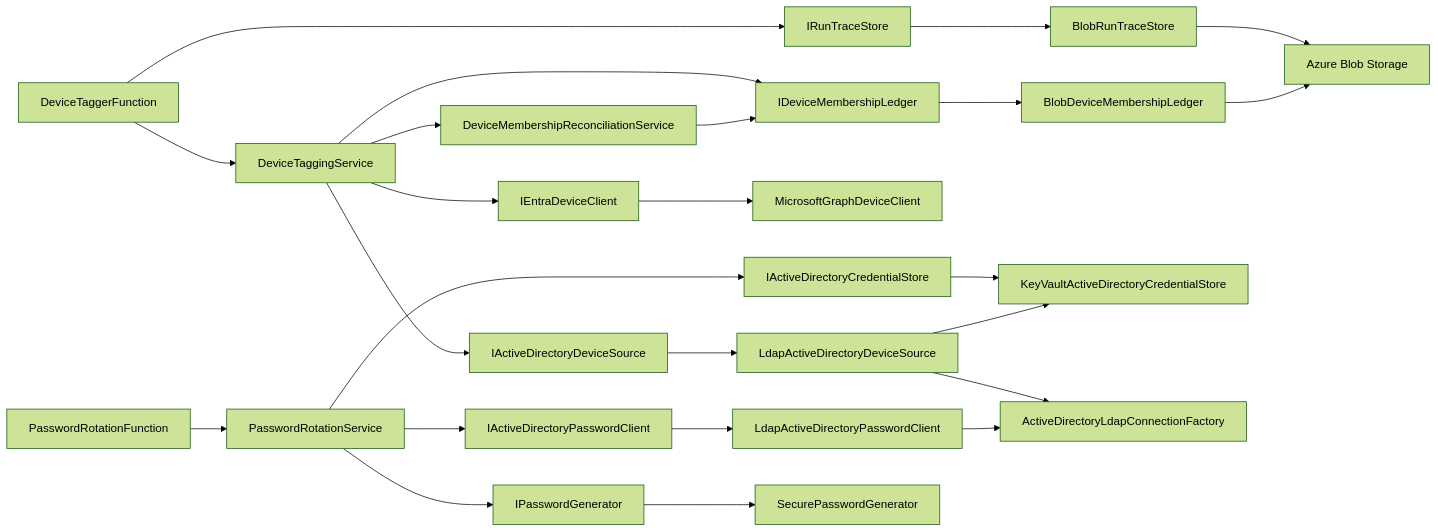
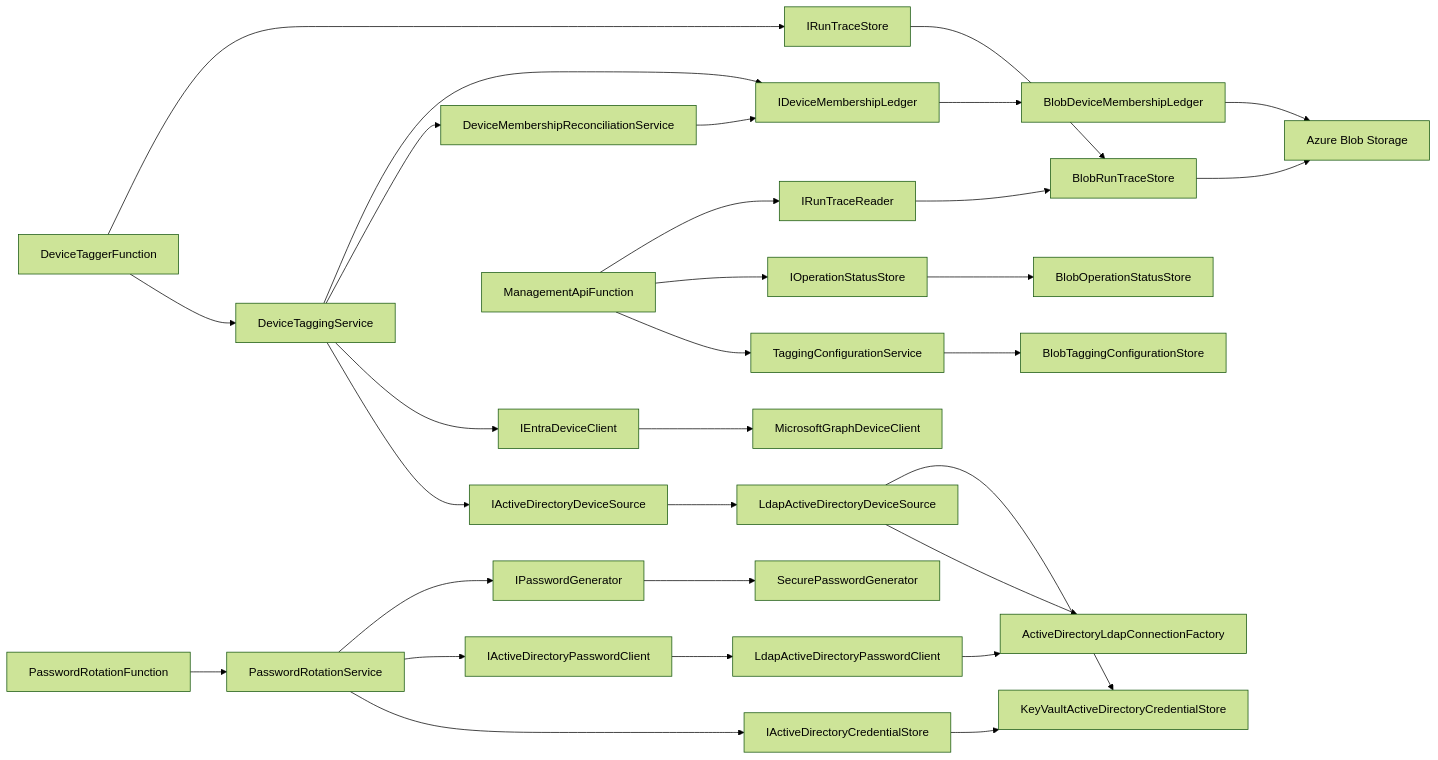
One commit to Kili69/HybridDeviceTagger changed the first of 3 diagrams in CODE_DOCUMENTATION.md. Above: the diagram before and after it, drawn with Mermaid (forest theme). The commit also changed other lines of this file and 29 other files, not shown here.

Commit message:
Add Entra-authenticated management API

````diff
--- a/CODE_DOCUMENTATION.md
+++ b/CODE_DOCUMENTATION.md
@@ -14,28 +14,35 @@
 ```mermaid
 flowchart LR
     DT[DeviceTaggerFunction] --> DTS[DeviceTaggingService]
     DT --> RTS[IRunTraceStore]
     RTS --> BRT[BlobRunTraceStore]
     DTS --> ADS[IActiveDirectoryDeviceSource]
     ADS --> LDAP[LdapActiveDirectoryDeviceSource]
     DTS --> EDC[IEntraDeviceClient]
     EDC --> GRAPH[MicrosoftGraphDeviceClient]
     DTS --> DMR[DeviceMembershipReconciliationService]
     DTS --> DML[IDeviceMembershipLedger]
     DMR --> DML
     DML --> BDML[BlobDeviceMembershipLedger]
+
+    API[ManagementApiFunction] --> TCS[TaggingConfigurationService]
+    API --> OSS[IOperationStatusStore]
+    API --> RTR[IRunTraceReader]
+    TCS --> BTC[BlobTaggingConfigurationStore]
+    OSS --> BOS[BlobOperationStatusStore]
+    RTR --> BRT
 
     RT[PasswordRotationFunction] --> PRS[PasswordRotationService]
     PRS --> CS[IActiveDirectoryCredentialStore]
     CS --> KV[KeyVaultActiveDirectoryCredentialStore]
     PRS --> PC[IActiveDirectoryPasswordClient]
     PC --> LPC[LdapActiveDirectoryPasswordClient]
     PRS --> PG[IPasswordGenerator]
     PG --> SPG[SecurePasswordGenerator]
 
     LDAP --> LCF[ActiveDirectoryLdapConnectionFactory]
     LPC --> LCF
     LDAP --> KV
     BRT --> BLOB[Azure Blob Storage]
     BDML --> BLOB
 ```
````
